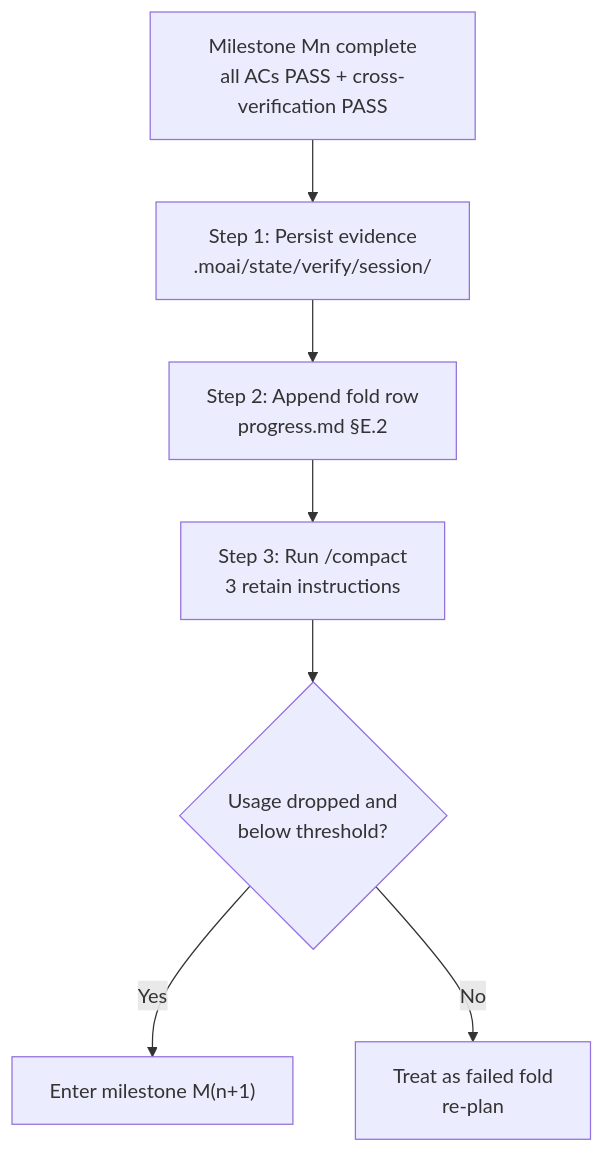
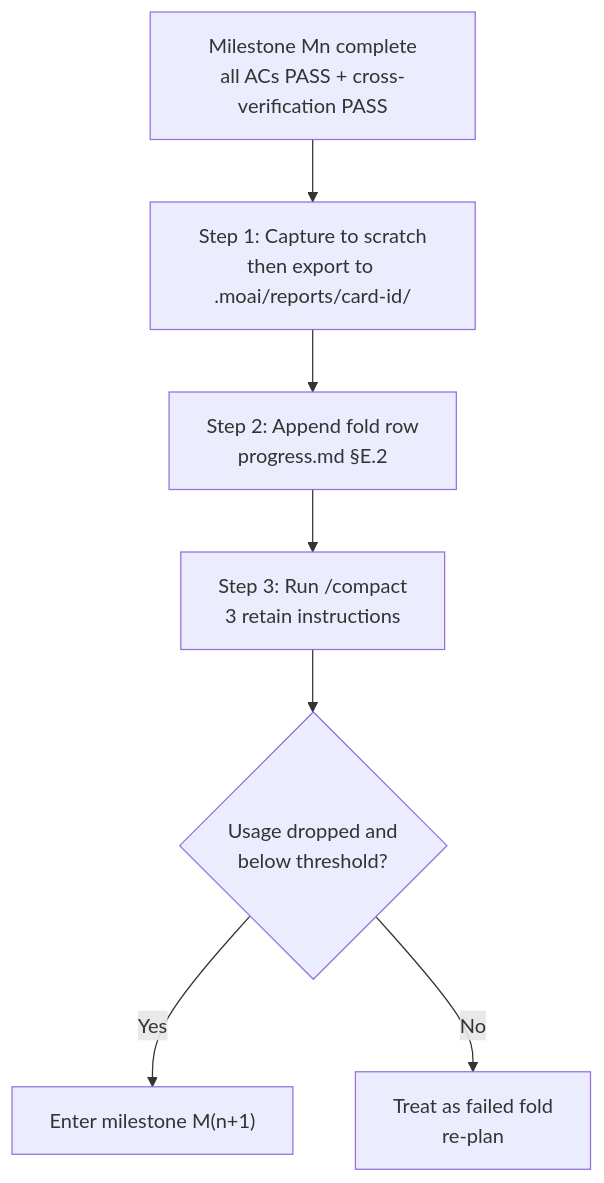
The fourth of 5 diagrams in docs-site/content/en/advanced/agent-guide.md (modu-ai/moai-adk), drawn with Mermaid before and after one commit. The commit also changed other lines of this file and 15 other files, not shown here.

````diff
--- a/docs-site/content/en/advanced/agent-guide.md
+++ b/docs-site/content/en/advanced/agent-guide.md
@@ -185,9 +185,9 @@
 ```mermaid
 flowchart TD
-    MN["Milestone Mn complete<br>all ACs PASS + cross-verification PASS"] --> S1["Step 1: Persist evidence<br>.moai/state/verify/session/"]
+    MN["Milestone Mn complete<br>all ACs PASS + cross-verification PASS"] --> S1["Step 1: Capture to scratch<br>then export to .moai/reports/card-id/"]
     S1 --> S2["Step 2: Append fold row<br>progress.md §E.2"]
     S2 --> S3["Step 3: Run /compact<br>3 retain instructions"]
     S3 --> CHECK{"Usage dropped and<br>below threshold?"}
     CHECK -->|"Yes"| NEXT["Enter milestone M(n+1)"]
     CHECK -->|"No"| REPLAN["Treat as failed fold<br>re-plan"]
 ```
````
